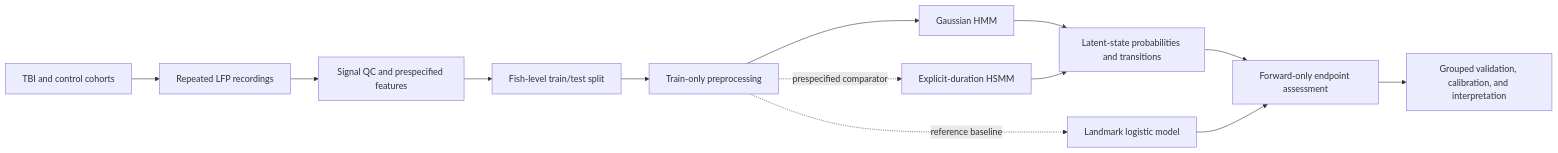
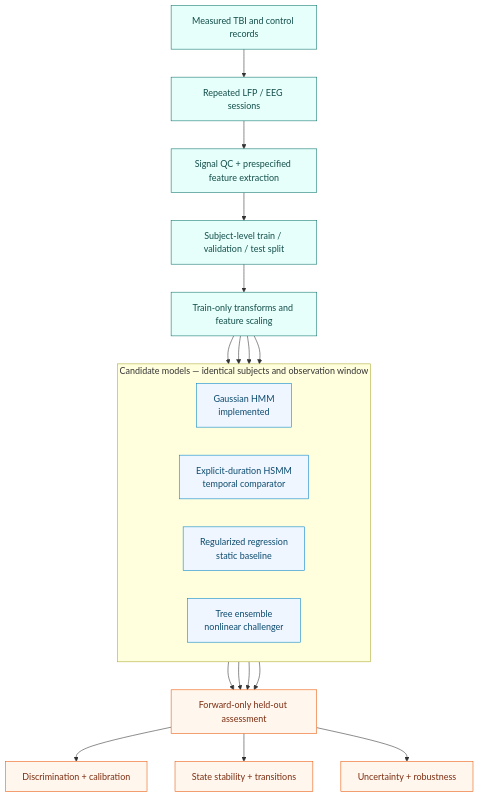
The diagram in README.md (josephreggy23-coder/Latent-Period-Epileptogenesis-Assessment-Via-Markov-Modeling), drawn with Mermaid before and after one commit. The commit also changed other lines of this file, not shown here.

Commit message:
docs: redesign README and compare prediction models

````diff
--- a/README.md
+++ b/README.md
@@ -115,15 +115,36 @@
 ```mermaid
-flowchart LR
-    A["TBI and control cohorts"] --> B["Repeated LFP recordings"]
-    B --> C["Signal QC and prespecified features"]
-    C --> D["Fish-level train/test split"]
-    D --> E["Train-only preprocessing"]
-    E --> F["Gaussian HMM"]
-    E -. "prespecified comparator" .-> G["Explicit-duration HSMM"]
-    E -. "reference baseline" .-> H["Landmark logistic model"]
-    F --> I["Latent-state probabilities and transitions"]
-    G --> I
-    I --> J["Forward-only endpoint assessment"]
+flowchart TB
+    A["Measured TBI and control records"] --> B["Repeated LFP / EEG sessions"]
+    B --> C["Signal QC + prespecified feature extraction"]
+    C --> D["Subject-level train / validation / test split"]
+    D --> E["Train-only transforms and feature scaling"]
+
+    subgraph M["Candidate models — identical subjects and observation window"]
+      direction LR
+      F["Gaussian HMM<br/>implemented"]
+      G["Explicit-duration HSMM<br/>temporal comparator"]
+      H["Regularized regression<br/>static baseline"]
+      I["Tree ensemble<br/>nonlinear challenger"]
+    end
+
+    E --> F
+    E --> G
+    E --> H
+    E --> I
+
+    F --> J["Forward-only held-out assessment"]
+    G --> J
     H --> J
-    J --> K["Grouped validation, calibration, and interpretation"]
+    I --> J
+
+    J --> K["Discrimination + calibration"]
+    J --> L["State stability + transitions"]
+    J --> N["Uncertainty + robustness"]
+
+    classDef input fill:#E6FFFB,stroke:#0F766E,color:#134E4A;
+    classDef model fill:#EFF6FF,stroke:#0284C7,color:#0C4A6E;
+    classDef output fill:#FFF7ED,stroke:#EA580C,color:#7C2D12;
+    class A,B,C,D,E input;
+    class F,G,H,I model;
+    class J,K,L,N output;
 ```
````
